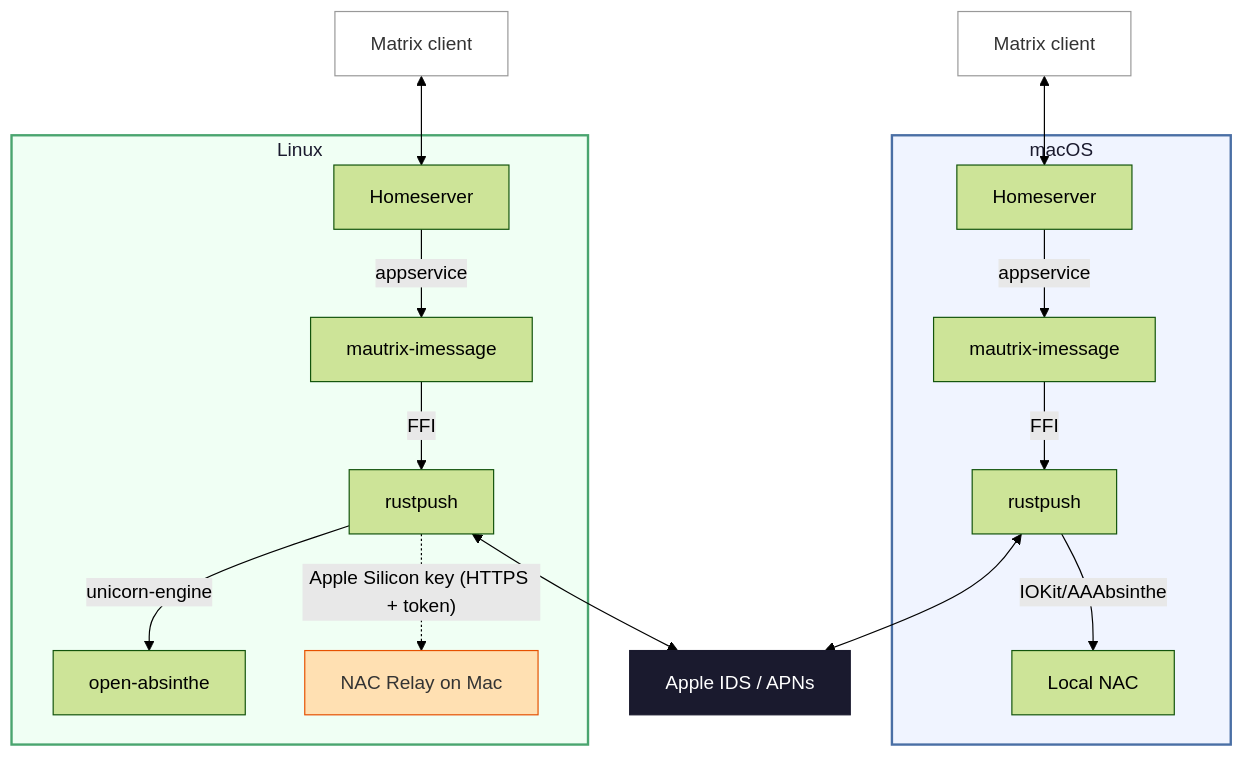
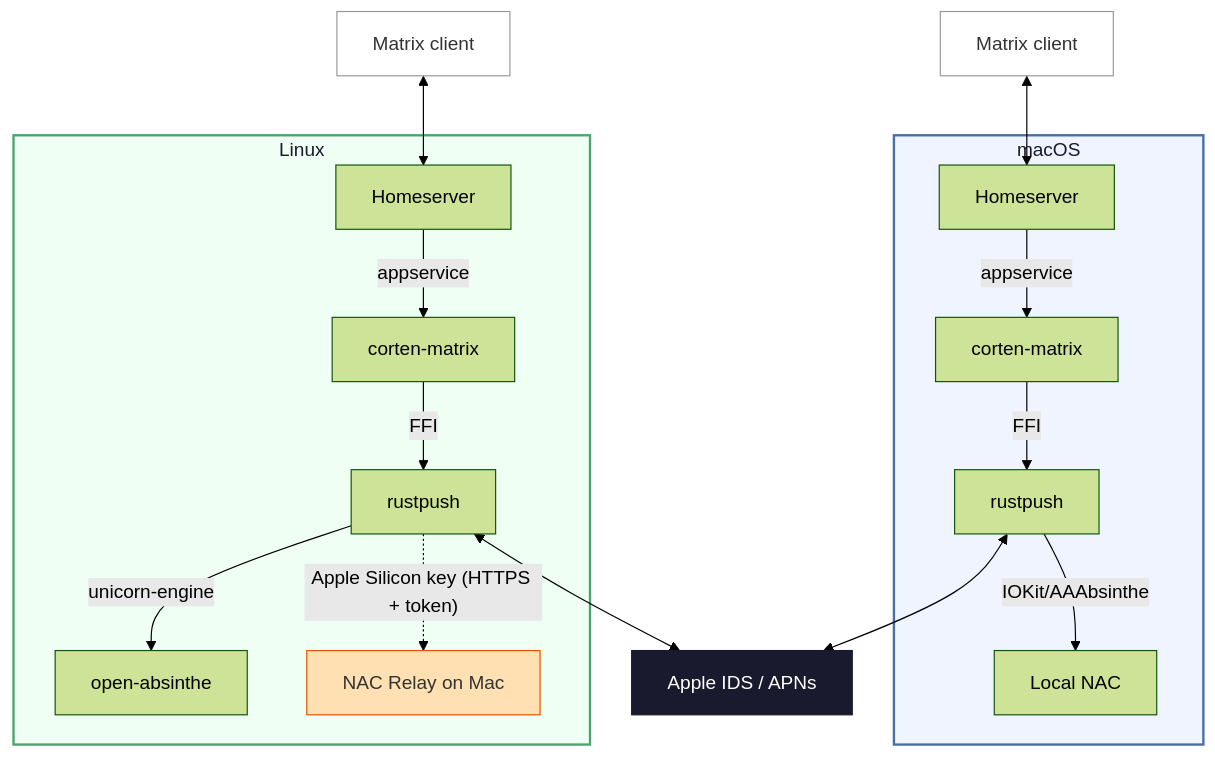
One commit to lwittwer/imessage changed the diagram in README.md. Above: the diagram before and after it, drawn with Mermaid (forest theme). The commit also changed other lines of this file and 169 other files, not shown here.

Commit message:
Corten matrix refactor

````diff
--- a/README.md
+++ b/README.md
@@ -533,25 +533,25 @@
 ```mermaid
 flowchart TB
     subgraph macos["macOS"]
-        HS1[Homeserver] -- appservice --> Bridge1[mautrix-imessage]
+        HS1[Homeserver] -- appservice --> Bridge1[corten-matrix]
         Bridge1 -- FFI --> RP1[rustpush]
         RP1 -- IOKit/AAAbsinthe --> NAC1[Local NAC]
     end
     subgraph linux["Linux"]
-        HS2[Homeserver] -- appservice --> Bridge2[mautrix-imessage]
+        HS2[Homeserver] -- appservice --> Bridge2[corten-matrix]
         Bridge2 -- FFI --> RP2[rustpush]
         RP2 -- unicorn-engine --> NAC2[open-absinthe]
         RP2 -. "Apple Silicon key (HTTPS + token)" .-> Relay[NAC Relay on Mac]
     end
     Client1[Matrix client] <--> HS1
     Client2[Matrix client] <--> HS2
     RP1 <--> Apple[Apple IDS / APNs]
     RP2 <--> Apple
 
     style macos fill:#f0f4ff,stroke:#4a6fa5,stroke-width:2px,color:#1a1a2e
     style linux fill:#f0fff4,stroke:#4aa56f,stroke-width:2px,color:#1a1a2e
     style Apple fill:#1a1a2e,stroke:#1a1a2e,color:#fff
     style Client1 fill:#fff,stroke:#999,color:#333
     style Client2 fill:#fff,stroke:#999,color:#333
     style Relay fill:#ffe0b2,stroke:#e65100,color:#333
 ```
````
